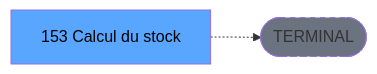
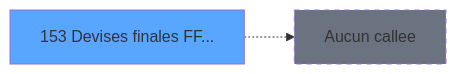
The third of 3 diagrams in .openspec/specs/ADH-IDE-153.md (thonyAGP/magic-migration), drawn with Mermaid before and after one commit. The commit also changed other lines of this file and 311 other files, not shown here.

````diff
--- a/.openspec/specs/ADH-IDE-153.md
+++ b/.openspec/specs/ADH-IDE-153.md
@@ -143,8 +168,8 @@
 ```mermaid
 graph LR
-    T[153 Calcul du stock]
-    TERM([TERMINAL])
-    T -.-> TERM
-    style TERM fill:#6b7280,stroke-dasharray: 5 5
-    style T fill:#58a6ff,color:#000
+    T153[153 Devises finales FF...]
+    style T153 fill:#58a6ff
+    NONE[Aucun callee]
+    T153 -.-> NONE
+    style NONE fill:#6b7280,stroke-dasharray: 5 5
 ```
````
